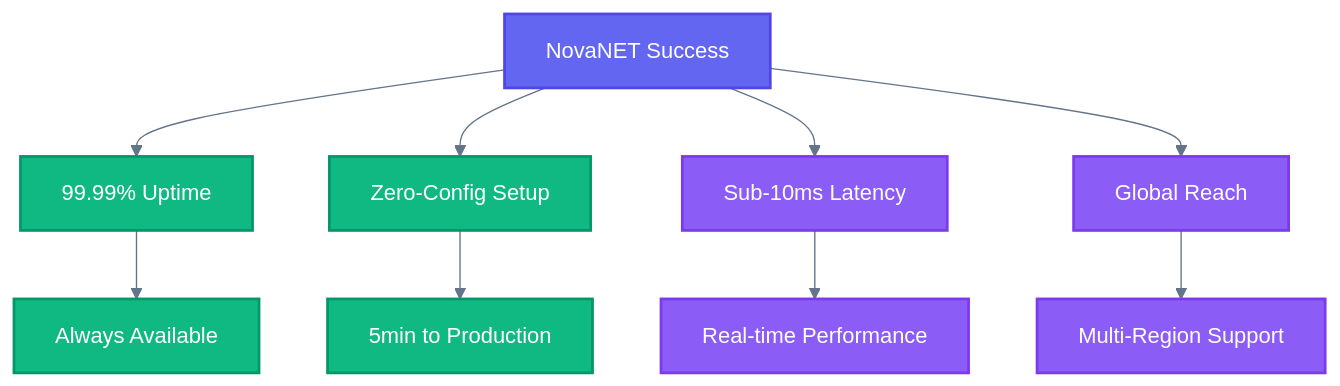
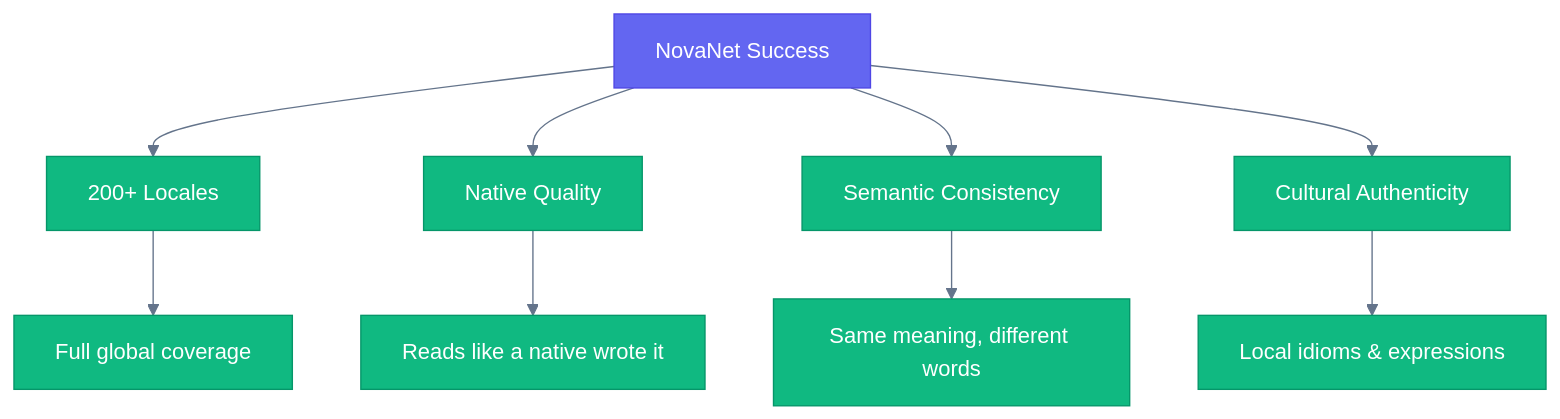
The diagram in VISION.md (supernovae-st/novanet), drawn with Mermaid before and after one commit. The commit also changed other lines of this file and 2 other files, not shown here.

````diff
--- a/VISION.md
+++ b/VISION.md
@@ -17,21 +51,17 @@
 ```mermaid
 %%{init: {'theme': 'base', 'themeVariables': {'lineColor': '#64748b'}}}%%
 flowchart TD
-    accTitle: NovaNET Success Metrics
-    accDescr: Key success indicators showing 99.99% uptime, zero-config setup, sub-10ms latency, and global reach
+    classDef success fill:#10b981,stroke:#059669,color:#fff
+    classDef metric fill:#6366f1,stroke:#4f46e5,color:#fff
 
-    classDef success fill:#10b981,stroke:#059669,stroke-width:2px,color:#ffffff
-    classDef info fill:#8b5cf6,stroke:#7c3aed,stroke-width:2px,color:#ffffff
-    classDef process fill:#6366f1,stroke:#4f46e5,stroke-width:2px,color:#ffffff
+    A[NovaNet Success]:::metric
+    A --> B[200+ Locales]:::success
+    A --> C[Native Quality]:::success
+    A --> D[Semantic Consistency]:::success
+    A --> E[Cultural Authenticity]:::success
 
-    A[NovaNET Success]:::process
-    A --> B[99.99% Uptime]:::success
-    A --> C[Zero-Config Setup]:::success
-    A --> D[Sub-10ms Latency]:::info
-    A --> E[Global Reach]:::info
-
-    B --> F[Always Available]:::success
-    C --> G[5min to Production]:::success
-    D --> H[Real-time Performance]:::info
-    E --> I[Multi-Region Support]:::info
+    B --> F[Full global coverage]:::success
+    C --> G[Reads like a native wrote it]:::success
+    D --> H[Same meaning, different words]:::success
+    E --> I[Local idioms & expressions]:::success
 ```
````
